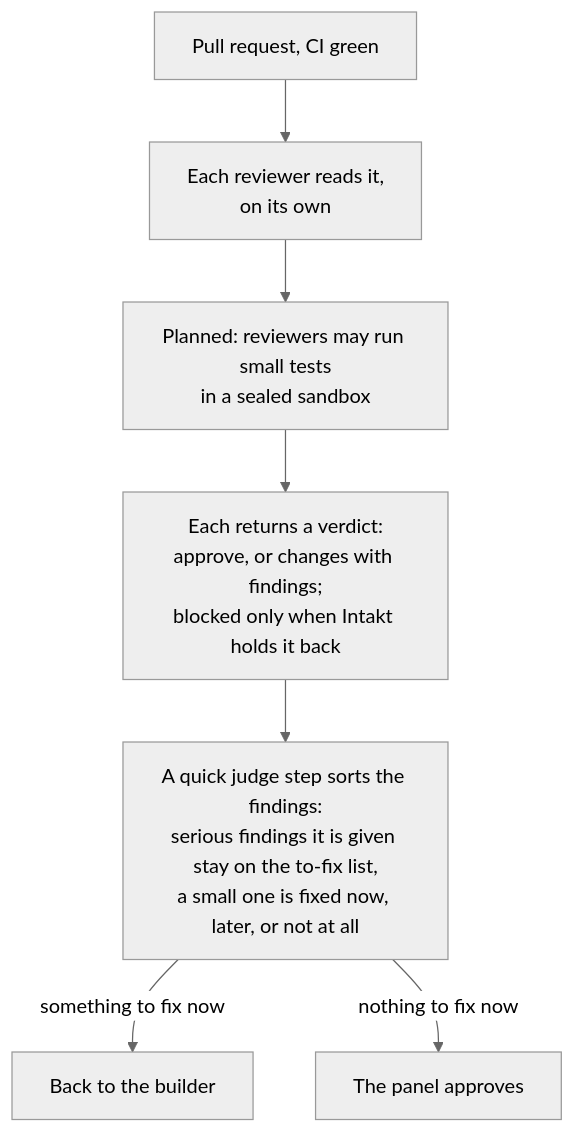
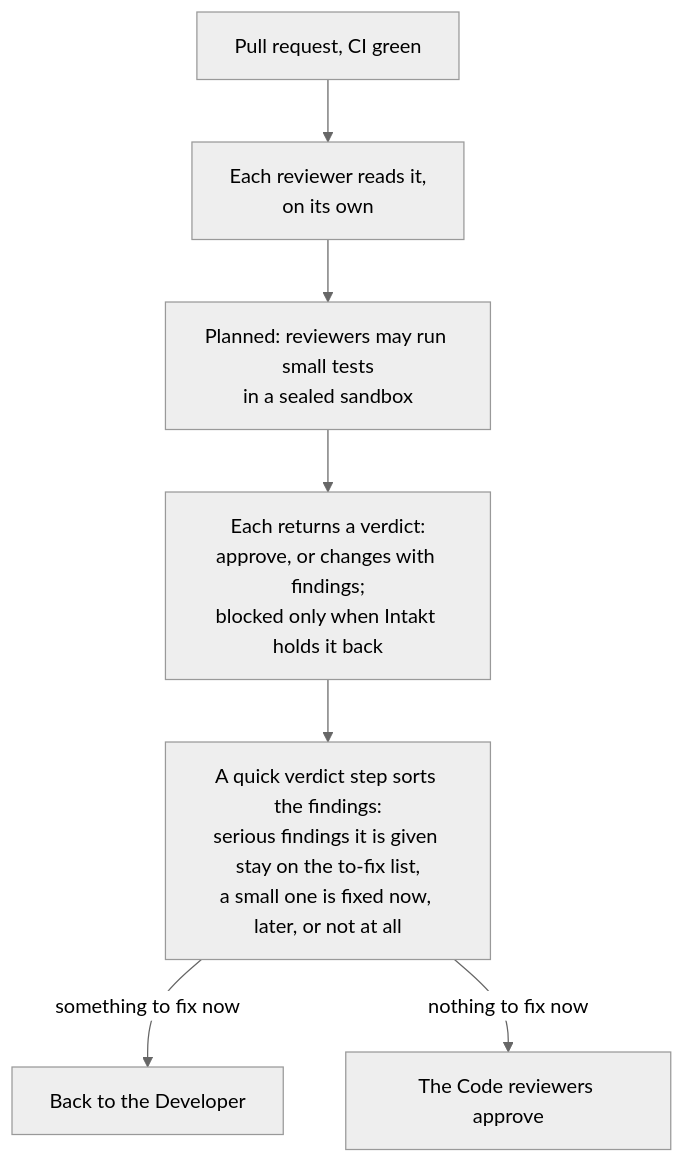
Before and after one commit to shinyredapples/intakt: the fourth of 5 diagrams in docs/guide/the-journey-of-a-task.md, drawn with Mermaid (neutral theme). The commit also changed other lines of this file and 22 other files, not shown here.

````diff
--- a/docs/guide/the-journey-of-a-task.md
+++ b/docs/guide/the-journey-of-a-task.md
@@ -94,9 +94,9 @@
 ```mermaid
 flowchart TD
   pr[Pull request, CI green] --> panel[Each reviewer reads it,<br/>on its own]
   panel --> probes[Planned: reviewers may run small tests<br/>in a sealed sandbox]
   probes --> verdicts[Each returns a verdict:<br/>approve, or changes with findings;<br/>blocked only when Intakt holds it back]
-  verdicts --> judge[A quick judge step sorts the findings:<br/>serious findings it is given stay on the to-fix list,<br/>a small one is fixed now, later, or not at all]
-  judge -- something to fix now --> build[Back to the builder]
-  judge -- nothing to fix now --> pass[The panel approves]
+  verdicts --> verdict[A quick verdict step sorts the findings:<br/>serious findings it is given stay on the to-fix list,<br/>a small one is fixed now, later, or not at all]
+  verdict -- something to fix now --> build[Back to the Developer]
+  verdict -- nothing to fix now --> pass[The Code reviewers approve]
 ```
````
